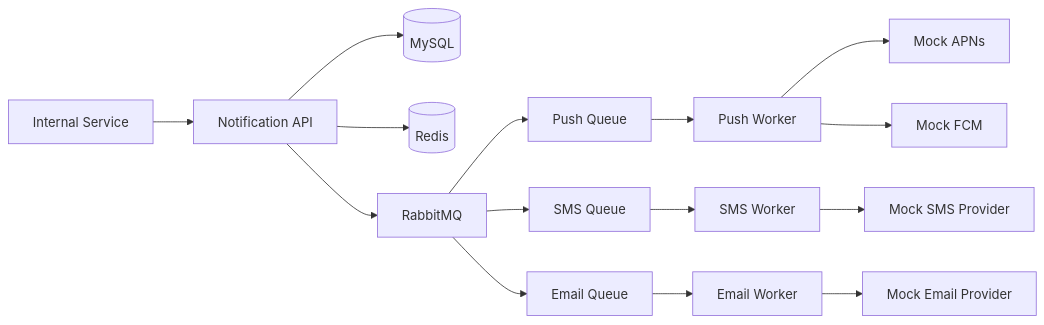
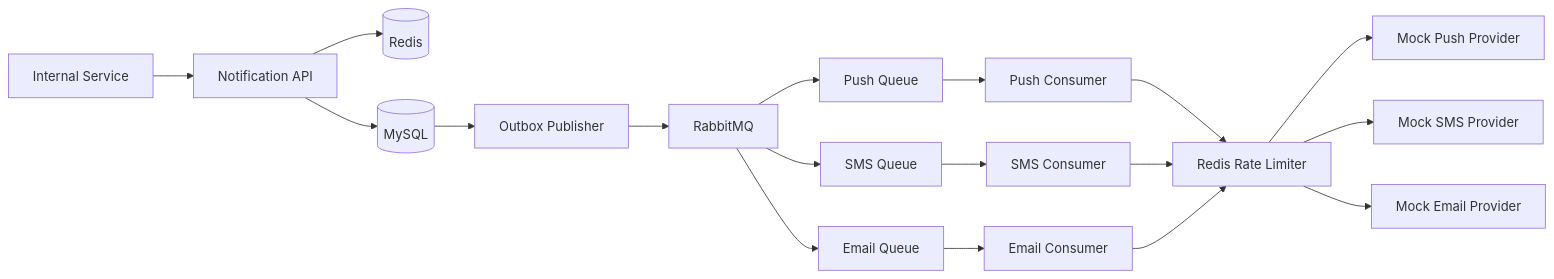
The first of 2 diagrams in docs/03-architecture.md (Backend-System-Design-Lab/02-Notification-System), drawn with Mermaid before and after one commit. The commit also changed other lines of this file and 5 other files, not shown here.

`````diff
--- a/docs/03-architecture.md
+++ b/docs/03-architecture.md
@@ -15,40 +17,26 @@
 ```mermaid
 flowchart LR
-    Client[Internal Service]
-    API[Notification API]
-    DB[(MySQL)]
-    Redis[(Redis)]
-    MQ[RabbitMQ]
+    Client[Internal Service] --> API[Notification API]
 
-    PushQ[Push Queue]
-    SmsQ[SMS Queue]
-    EmailQ[Email Queue]
+    API --> Redis[(Redis)]
+    API --> DB[(MySQL)]
 
-    PushW[Push Worker]
-    SmsW[SMS Worker]
-    EmailW[Email Worker]
+    DB --> Outbox[Outbox Publisher]
+    Outbox --> MQ[RabbitMQ]
 
-    APNS[Mock APNs]
-    FCM[Mock FCM]
-    SMS[Mock SMS Provider]
-    EMAIL[Mock Email Provider]
+    MQ --> PQ[Push Queue]
+    MQ --> SQ[SMS Queue]
+    MQ --> EQ[Email Queue]
 
-    Client --> API
+    PQ --> PC[Push Consumer]
+    SQ --> SC[SMS Consumer]
+    EQ --> EC[Email Consumer]
 
-    API --> DB
-    API --> Redis
-    API --> MQ
+    PC --> RL[Redis Rate Limiter]
+    SC --> RL
+    EC --> RL
 
-    MQ --> PushQ
-    MQ --> SmsQ
-    MQ --> EmailQ
-
-    PushQ --> PushW
-    SmsQ --> SmsW
-    EmailQ --> EmailW
-
-    PushW --> APNS
-    PushW --> FCM
-    SmsW --> SMS
-    EmailW --> EMAIL
+    RL --> PP[Mock Push Provider]
+    RL --> SP[Mock SMS Provider]
+    RL --> EP[Mock Email Provider]
 ````
`````
